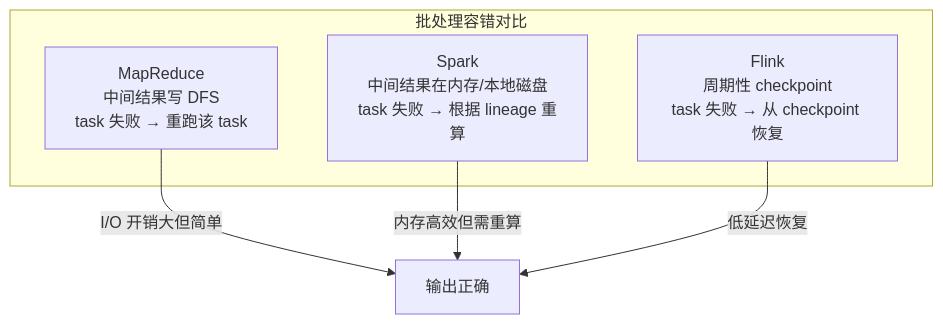
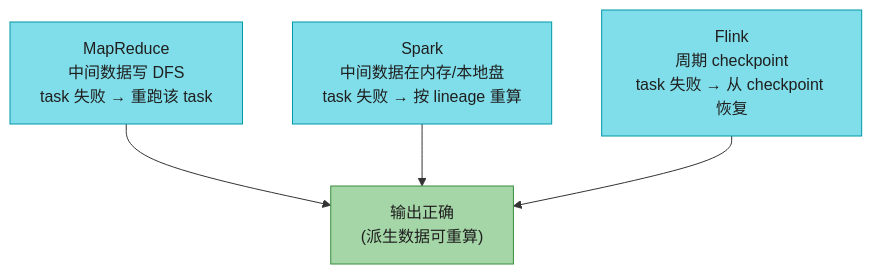
One commit to socoo123/ddia_2nd changed the eighth of 24 diagrams in ch11-批处理.md. Above: the diagram before and after it, drawn with Mermaid. The commit also changed other lines of this file and 5 other files, not shown here.

````diff
--- a/ch11-批处理.md
+++ b/ch11-批处理.md
@@ -156,11 +402,14 @@
 ```mermaid
-graph TD
-    subgraph BATCH_FT["批处理容错对比"]
-        MR_FT["MapReduce<br/>中间结果写 DFS<br/>task 失败 → 重跑该 task"]
-        SPARK_FT["Spark<br/>中间结果在内存/本地磁盘<br/>task 失败 → 根据 lineage 重算"]
-        FLINK_FT["Flink<br/>周期性 checkpoint<br/>task 失败 → 从 checkpoint 恢复"]
-    end
-    MR_FT -->|"I/O 开销大但简单"| SAFE["输出正确"]
-    SPARK_FT -->|"内存高效但需重算"| SAFE
-    FLINK_FT -->|"低延迟恢复"| SAFE
+flowchart TD
+    MR["MapReduce<br/>中间数据写 DFS<br/>task 失败 → 重跑该 task"]
+    SPARK["Spark<br/>中间数据在内存/本地盘<br/>task 失败 → 按 lineage 重算"]
+    FLINK["Flink<br/>周期 checkpoint<br/>task 失败 → 从 checkpoint 恢复"]
+    MR --> SAFE["输出正确<br/>(派生数据可重算)"]
+    SPARK --> SAFE
+    FLINK --> SAFE
+
+    style MR fill:#80DEEA,stroke:#0097A7,color:#1f1f1f
+    style SPARK fill:#80DEEA,stroke:#0097A7,color:#1f1f1f
+    style FLINK fill:#80DEEA,stroke:#0097A7,color:#1f1f1f
+    style SAFE fill:#A5D6A7,stroke:#388E3C,color:#1f1f1f
 ```
````
